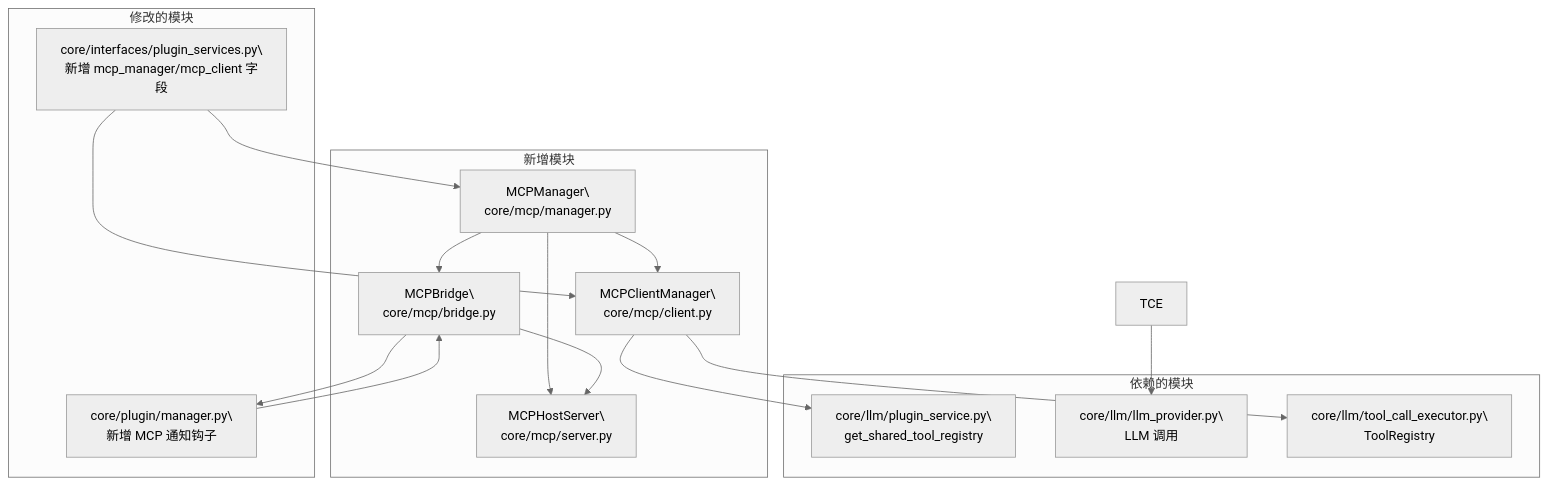
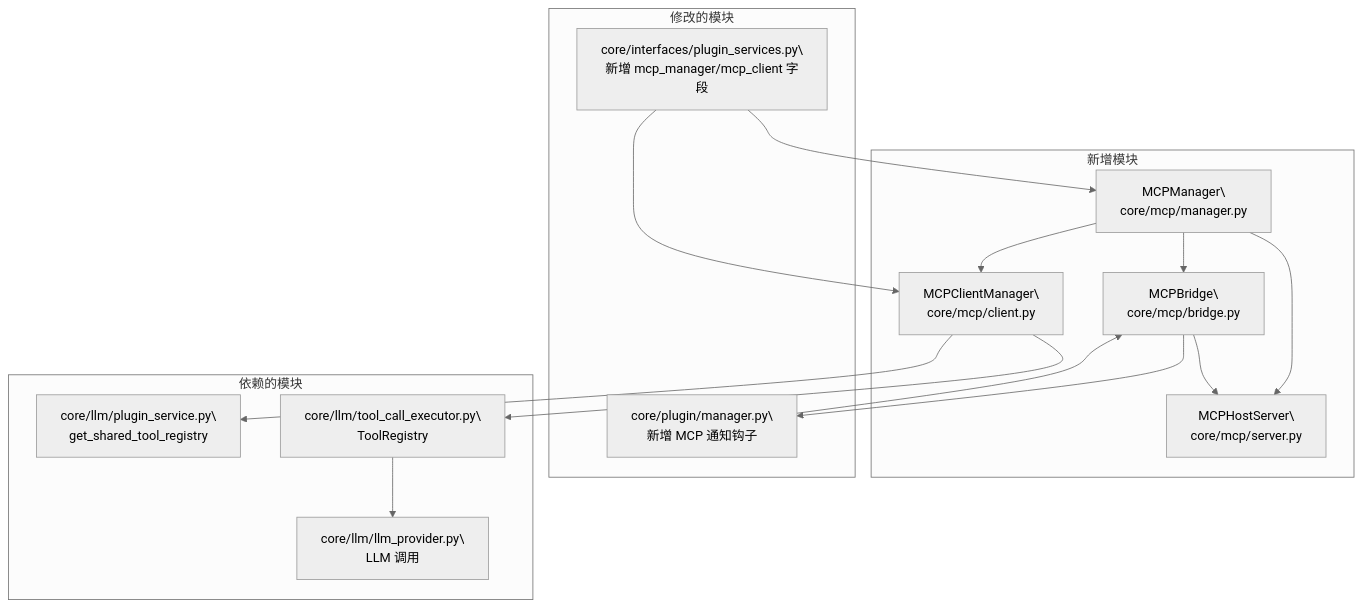
Before and after one commit to KKPIP-Tech/InstructionX: the fourth of 5 diagrams in docs/core/mcp/overview.md, drawn with Mermaid (neutral theme). The commit also changed other lines of this file and 10 other files, not shown here.

````diff
--- a/docs/core/mcp/overview.md
+++ b/docs/core/mcp/overview.md
@@ -175,32 +175,32 @@
 ```mermaid
 graph TB
     subgraph 新增模块
         MM["MCPManager\\ncore/mcp/manager.py"]
         MS["MCPHostServer\\ncore/mcp/server.py"]
         MC["MCPClientManager\\ncore/mcp/client.py"]
         MB["MCPBridge\\ncore/mcp/bridge.py"]
     end
 
     subgraph 修改的模块
         PM["core/plugin/manager.py\\n新增 MCP 通知钩子"]
         PS["core/interfaces/plugin_services.py\\n新增 mcp_manager/mcp_client 字段"]
     end
 
     subgraph 依赖的模块
         LLMS["core/llm/plugin_service.py\\nget_shared_tool_registry"]
         LLMP["core/llm/llm_provider.py\\nLLM 调用"]
         TR["core/llm/tool_call_executor.py\\nToolRegistry"]
     end
 
     MM --> MS
     MM --> MC
     MM --> MB
     MB --> MS
     MB --> PM
     MC --> TR
     PM --> MB
     PS --> MM
     PS --> MC
     MC --> LLMS
-    TCE --> LLMP
+    TR --> LLMP
 ```
````
